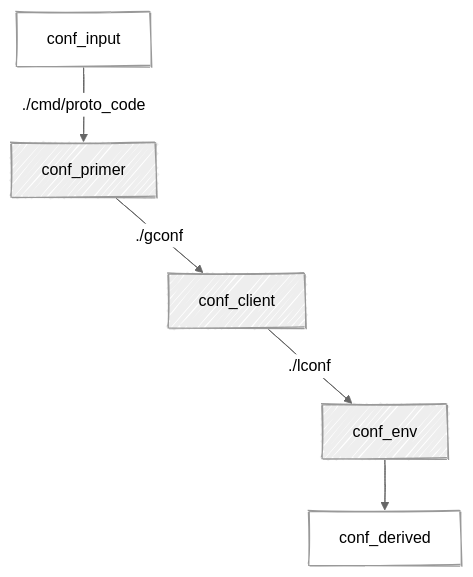
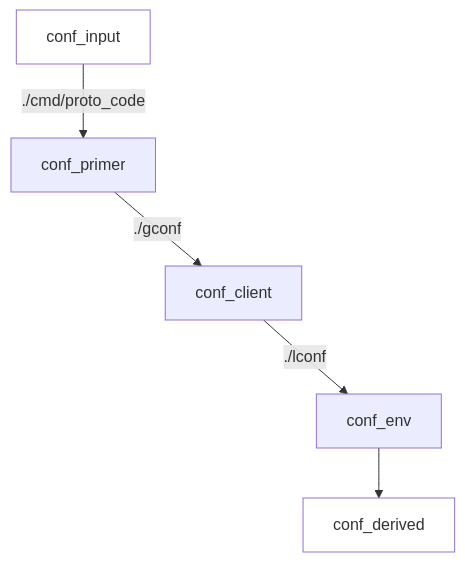
One commit to uvsmtid/protoprimer changed the diagram in doc/feature_topic/FT_89_41_35_82.conf_leap.md. Above: the diagram before and after it, drawn with Mermaid. The commit also changed other lines of this file and 113 other files, not shown here.

````diff
--- a/doc/feature_topic/FT_89_41_35_82.conf_leap.md
+++ b/doc/feature_topic/FT_89_41_35_82.conf_leap.md
@@ -23,48 +26,43 @@
 ```mermaid
----
-config:
-  look: handDrawn
-  theme: neutral
----
 graph TD;
     conf_input["`conf_input`"]
     conf_primer["`conf_primer`"];
     conf_client["`conf_client`"];
     conf_env["`conf_env`"];
     conf_derived["`conf_derived`"]
 
     conf_input -- "`./cmd/proto_code`" --> conf_primer;
     conf_primer -- "`./gconf`" --> conf_client;
     conf_client -- "`./lconf`" --> conf_env;
     conf_env --> conf_derived;
 
     invis_L1_S2[ ];
     invis_L1_S3[ ];
 
     invis_L2_S1[ ];
     invis_L2_S3[ ];
 
     invis_L3_S1[ ];
     invis_L3_S2[ ];
 
     conf_primer ~~~ invis_L1_S2;
     invis_L1_S2 ~~~ invis_L1_S3;
 
     invis_L2_S1 ~~~ conf_client;
     conf_client ~~~ invis_L2_S3;
 
     invis_L3_S1 ~~~ invis_L3_S2;
     invis_L3_S2 ~~~ conf_env;
 
     style conf_input fill:none;
     style conf_derived fill:none;
 
     style invis_L1_S2 fill:none,stroke:none;
     style invis_L1_S3 fill:none,stroke:none;
 
     style invis_L2_S1 fill:none,stroke:none;
     style invis_L2_S3 fill:none,stroke:none;
 
     style invis_L3_S1 fill:none,stroke:none;
     style invis_L3_S2 fill:none,stroke:none;
 ```
````
